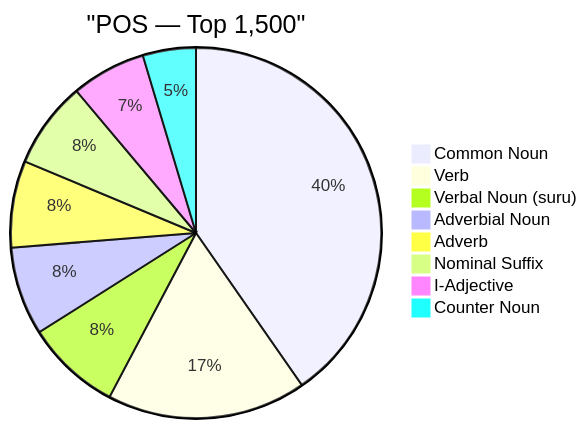
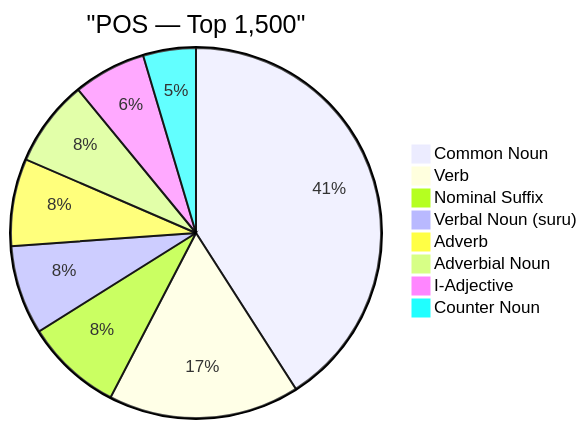
One commit to PikaPikaGems/japanese-word-frequency changed the first of 8 diagrams in data/CEJC/insights/vocab_tier_breakdown.md. Above: the diagram before and after it, drawn with Mermaid. The commit also changed other lines of this file and 5 other files, not shown here.

````diff
--- a/data/CEJC/insights/vocab_tier_breakdown.md
+++ b/data/CEJC/insights/vocab_tier_breakdown.md
@@ -116,11 +116,11 @@
 ```mermaid
 pie title "POS — Top 1,500"
-    "Common Noun" : 496.00
-    "Verb" : 214.00
-    "Verbal Noun (suru)" : 102.00
-    "Adverbial Noun" : 95.00
-    "Adverb" : 93.00
-    "Nominal Suffix" : 93.00
-    "I-Adjective" : 80.00
-    "Counter Noun" : 57.00
+    "Common Noun" : 542.00
+    "Verb" : 221.00
+    "Nominal Suffix" : 112.00
+    "Verbal Noun (suru)" : 103.00
+    "Adverb" : 101.00
+    "Adverbial Noun" : 100.00
+    "I-Adjective" : 84.00
+    "Counter Noun" : 61.00
 ```
````
